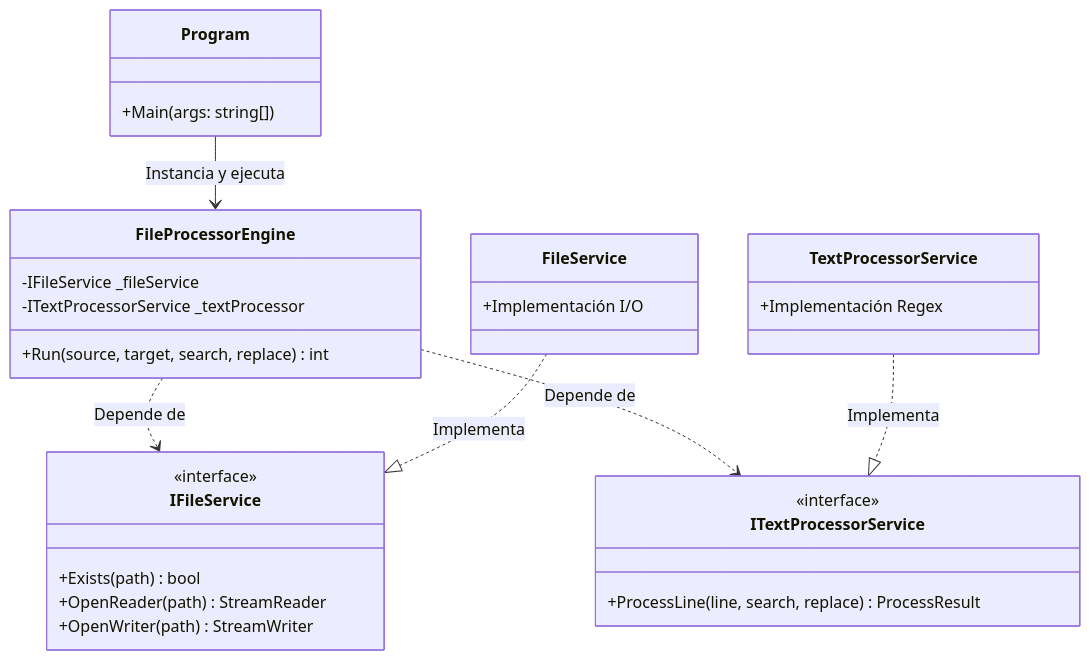
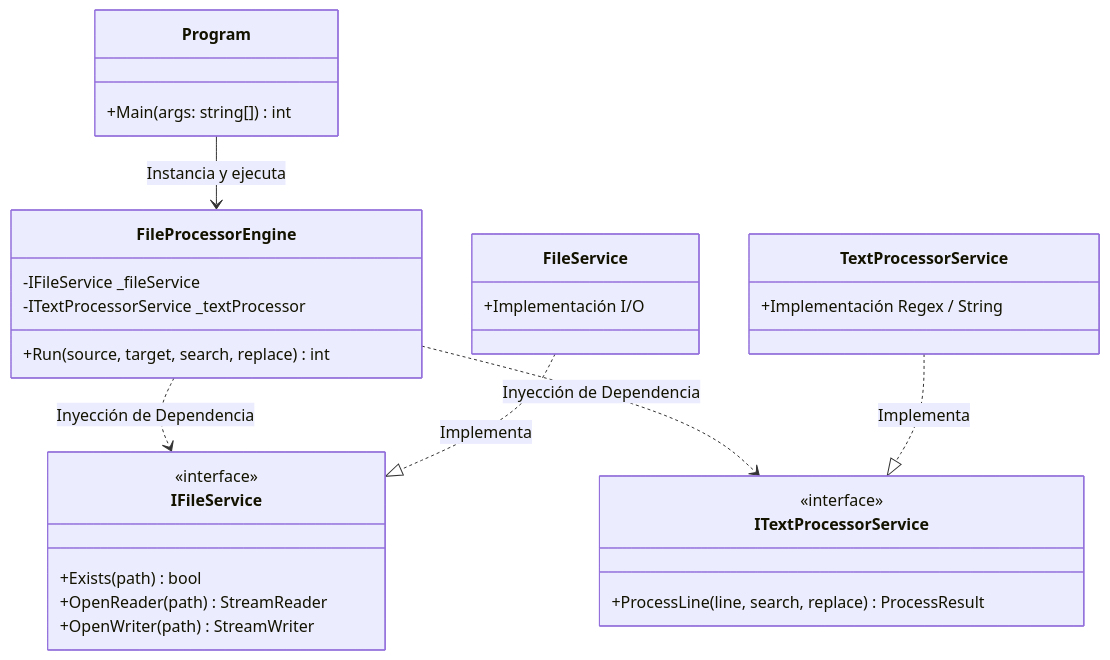
Before and after one commit to mleyvalamas/app-mll-auraquantic: the first of 2 diagrams in README.md, drawn with Mermaid. The commit also changed other lines of this file and 2 other files, not shown here.

````diff
--- a/README.md
+++ b/README.md
@@ -39,34 +100,33 @@
 ```mermaid
 classDiagram
     class Program {
-        +Main(args: string[])
+        +Main(args: string[]) int
     }
     class FileProcessorEngine {
         -IFileService _fileService
         -ITextProcessorService _textProcessor
         +Run(source, target, search, replace) int
     }
     class IFileService {
         <<interface>>
         +Exists(path) bool
         +OpenReader(path) StreamReader
         +OpenWriter(path) StreamWriter
     }
     class ITextProcessorService {
         <<interface>>
         +ProcessLine(line, search, replace) ProcessResult
     }
     class FileService {
         +Implementación I/O
     }
     class TextProcessorService {
-        +Implementación Regex
+        +Implementación Regex / String
     }
 
     Program --> FileProcessorEngine : Instancia y ejecuta
-    FileProcessorEngine ..> IFileService : Depende de
-    FileProcessorEngine ..> ITextProcessorService : Depende de
+    FileProcessorEngine ..> IFileService : Inyección de Dependencia
+    FileProcessorEngine ..> ITextProcessorService : Inyección de Dependencia
     FileService ..|> IFileService : Implementa
     TextProcessorService ..|> ITextProcessorService : Implementa
-
 ```
````
